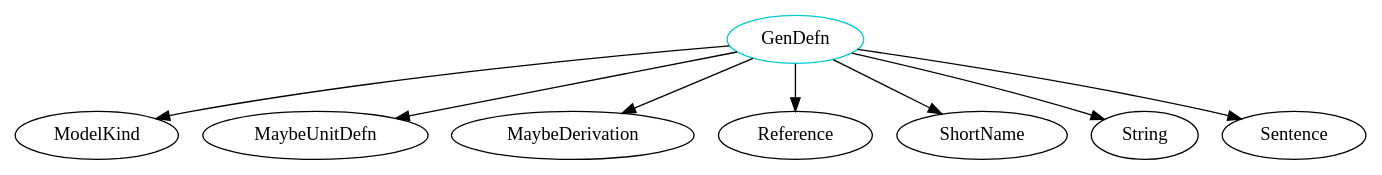
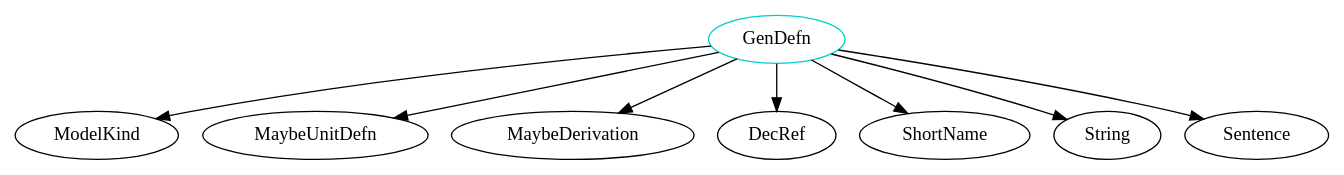
Before and after one commit to Ant13731/Drasil: the diagram in analysis/TypeDependencyGraphs/theory/GenDefn.dot, drawn with Graphviz. The commit also changed 2710 other files, not shown here.

```diff
--- a/analysis/TypeDependencyGraphs/theory/GenDefn.dot
+++ b/analysis/TypeDependencyGraphs/theory/GenDefn.dot
@@ -1,10 +1,10 @@
 digraph gendefn{
 GenDefn -> ModelKind;
 GenDefn -> MaybeUnitDefn;
 GenDefn -> MaybeDerivation;
-GenDefn -> Reference;
+GenDefn -> DecRef;
 GenDefn -> ShortName;
 GenDefn -> String;
 GenDefn -> Sentence;
-GenDefn	[shape=oval, color=cyan3, label=GenDefn];
+GenDefn	[shape=oval, color=cyan3, label="GenDefn"];
 }
```
